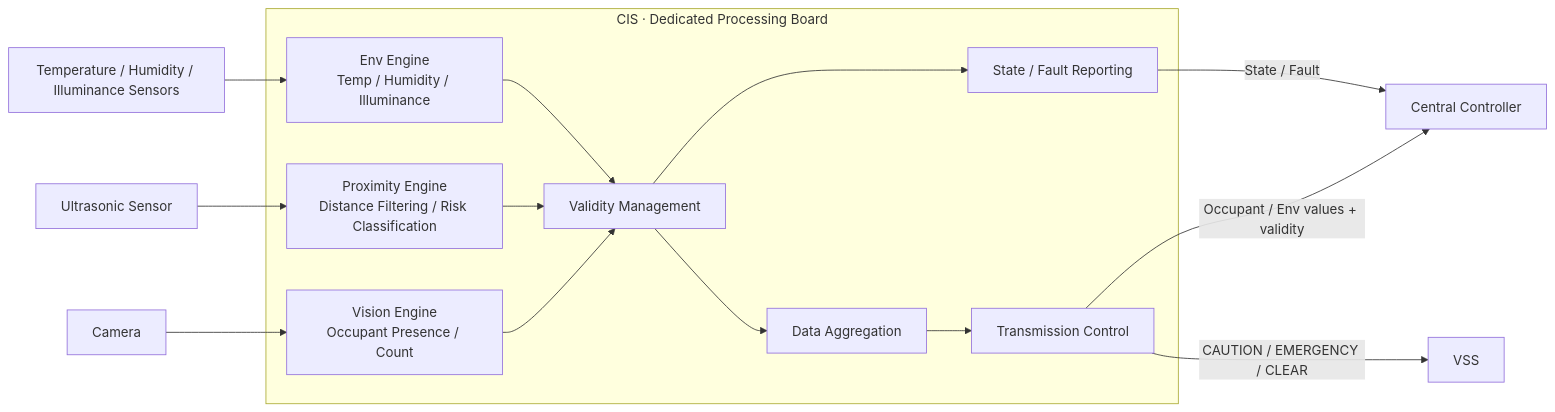
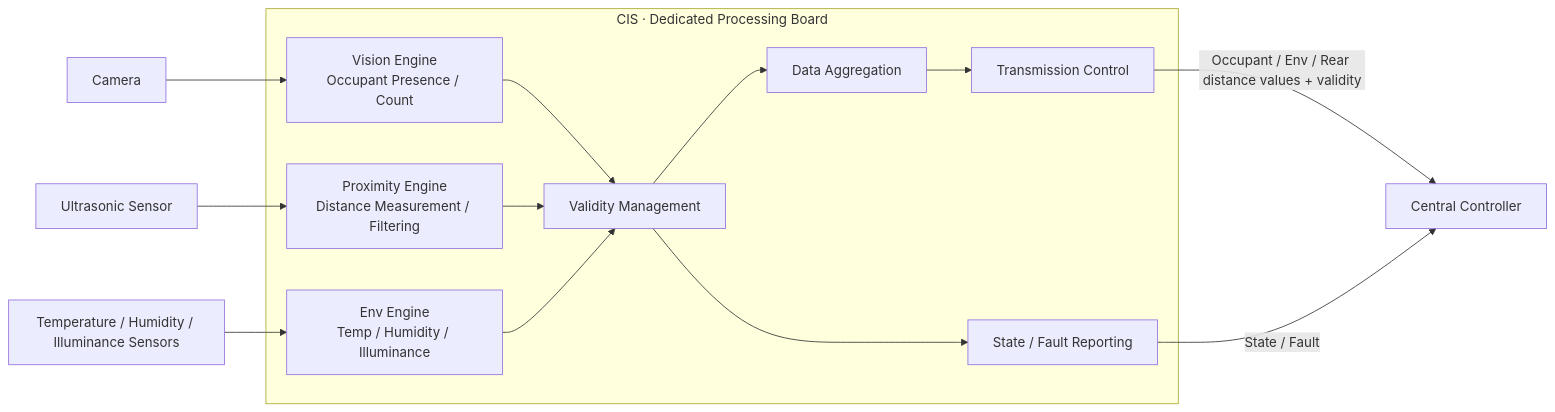
One commit to vehicle-domain-control-system/integrated-vehicle-control changed the first of 2 diagrams in docs/requirements/CIS/02_CIS_SYSRS_FUNCTIONAL_BASELINE_DRAFT.md. Above: the diagram before and after it, drawn with Mermaid. The commit also changed other lines of this file and 6 other files, not shown here.

````diff
--- a/docs/requirements/CIS/02_CIS_SYSRS_FUNCTIONAL_BASELINE_DRAFT.md
+++ b/docs/requirements/CIS/02_CIS_SYSRS_FUNCTIONAL_BASELINE_DRAFT.md
@@ -37,32 +37,30 @@
 ```mermaid
 flowchart LR
     CAM["Camera"]
     US["Ultrasonic Sensor"]
     ENV["Temperature / Humidity / Illuminance Sensors"]
 
     subgraph CIS["CIS · Dedicated Processing Board"]
         VE["Vision Engine<br/>Occupant Presence / Count"]
-        PE["Proximity Engine<br/>Distance Filtering / Risk Classification"]
+        PE["Proximity Engine<br/>Distance Measurement / Filtering"]
         EE["Env Engine<br/>Temp / Humidity / Illuminance"]
         VAL["Validity Management"]
         AGG["Data Aggregation"]
         TX["Transmission Control"]
         SR["State / Fault Reporting"]
 
         VE --> VAL
         PE --> VAL
         EE --> VAL
         VAL --> AGG --> TX
         VAL --> SR
     end
 
     CENTRAL["Central Controller"]
-    VSSN["VSS"]
 
     CAM --> VE
     US --> PE
     ENV --> EE
-    TX -->|"Occupant / Env values + validity"| CENTRAL
-    TX -->|"CAUTION / EMERGENCY / CLEAR"| VSSN
+    TX -->|"Occupant / Env / Rear distance values + validity"| CENTRAL
     SR -->|"State / Fault"| CENTRAL
 ```
````
